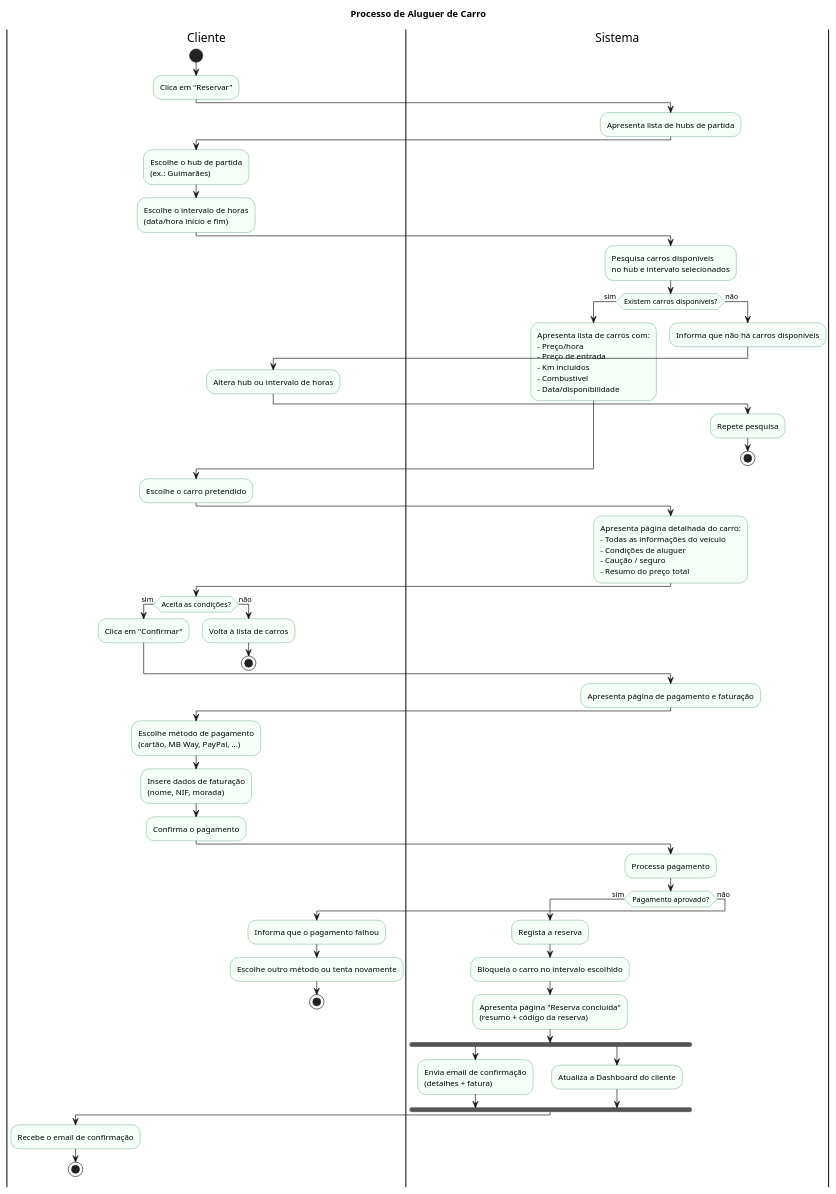
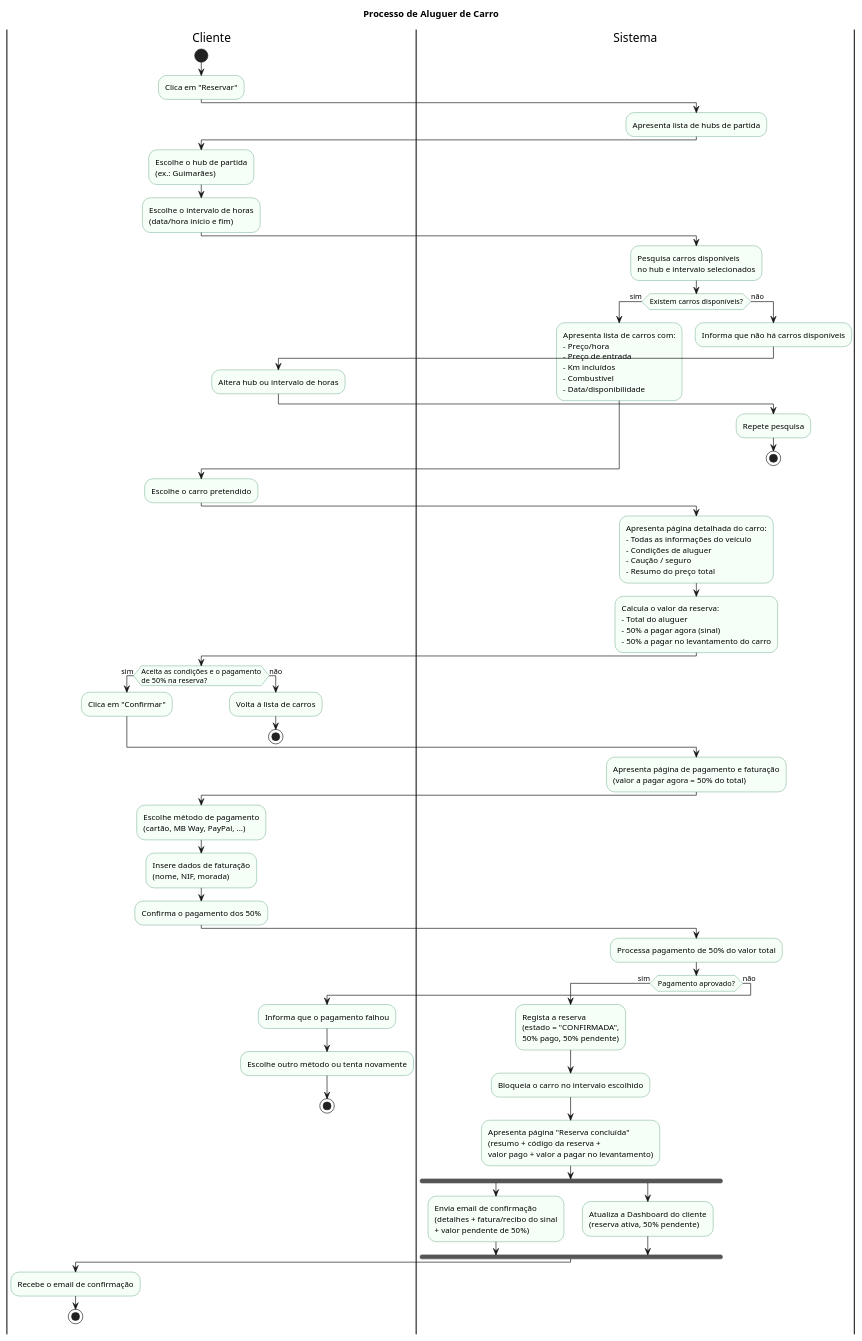
The diagram in doc/aluguer_carro.puml (MATPERDU94/DriveNow), drawn with PlantUML before and after one commit. The commit also changed 2 other files, not shown here.

```diff
--- a/doc/aluguer_carro.puml
+++ b/doc/aluguer_carro.puml
@@ -1,80 +1,81 @@
 @startuml
 title Processo de Aluguer de Carro
 
 skinparam shadowing false
 skinparam defaultFontName Arial
 skinparam activity {
   BackgroundColor #F5FFF7
   BorderColor #2F855A
 }
 
 |Cliente|
 start
 :Clica em "Reservar";
 
 |Sistema|
 :Apresenta lista de hubs de partida;
 
 |Cliente|
 :Escolhe o hub de partida\n(ex.: Guimarães);
 :Escolhe o intervalo de horas\n(data/hora início e fim);
 
 |Sistema|
 :Pesquisa carros disponíveis\nno hub e intervalo selecionados;
 
 if (Existem carros disponíveis?) then (sim)
   :Apresenta lista de carros com:\n- Preço/hora\n- Preço de entrada\n- Km incluídos\n- Combustível\n- Data/disponibilidade;
 else (não)
   :Informa que não há carros disponíveis;
   |Cliente|
   :Altera hub ou intervalo de horas;
   |Sistema|
   :Repete pesquisa;
   stop
 endif
 
 |Cliente|
 :Escolhe o carro pretendido;
 
 |Sistema|
 :Apresenta página detalhada do carro:\n- Todas as informações do veículo\n- Condições de aluguer\n- Caução / seguro\n- Resumo do preço total;
+:Calcula o valor da reserva:\n- Total do aluguer\n- 50% a pagar agora (sinal)\n- 50% a pagar no levantamento do carro;
 
 |Cliente|
-if (Aceita as condições?) then (sim)
+if (Aceita as condições e o pagamento\nde 50% na reserva?) then (sim)
   :Clica em "Confirmar";
 else (não)
   :Volta à lista de carros;
   stop
 endif
 
 |Sistema|
-:Apresenta página de pagamento e faturação;
+:Apresenta página de pagamento e faturação\n(valor a pagar agora = 50% do total);
 
 |Cliente|
 :Escolhe método de pagamento\n(cartão, MB Way, PayPal, ...);
 :Insere dados de faturação\n(nome, NIF, morada);
-:Confirma o pagamento;
+:Confirma o pagamento dos 50%;
 
 |Sistema|
-:Processa pagamento;
+:Processa pagamento de 50% do valor total;
 
 if (Pagamento aprovado?) then (sim)
-  :Regista a reserva;
+  :Regista a reserva\n(estado = "CONFIRMADA",\n50% pago, 50% pendente);
   :Bloqueia o carro no intervalo escolhido;
-  :Apresenta página "Reserva concluída"\n(resumo + código da reserva);
+  :Apresenta página "Reserva concluída"\n(resumo + código da reserva +\nvalor pago + valor a pagar no levantamento);
   fork
-    :Envia email de confirmação\n(detalhes + fatura);
+    :Envia email de confirmação\n(detalhes + fatura/recibo do sinal\n+ valor pendente de 50%);
   fork again
-    :Atualiza a Dashboard do cliente;
+    :Atualiza a Dashboard do cliente\n(reserva ativa, 50% pendente);
   end fork
   |Cliente|
   :Recebe o email de confirmação;
   stop
 else (não)
   :Informa que o pagamento falhou;
   |Cliente|
   :Escolhe outro método ou tenta novamente;
   stop
 endif
 
 @enduml
```
